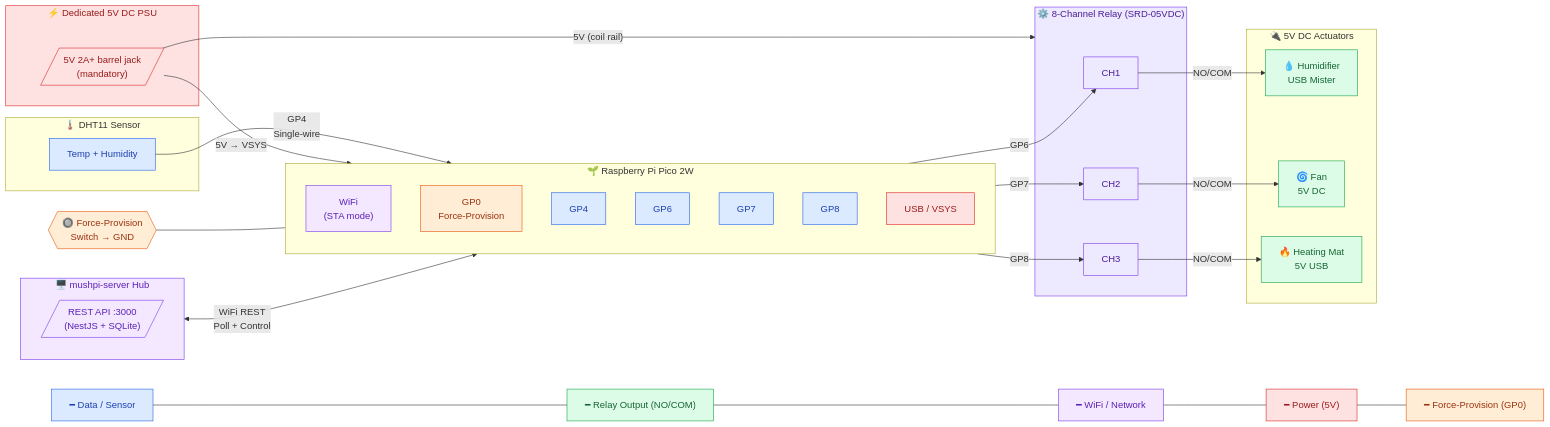
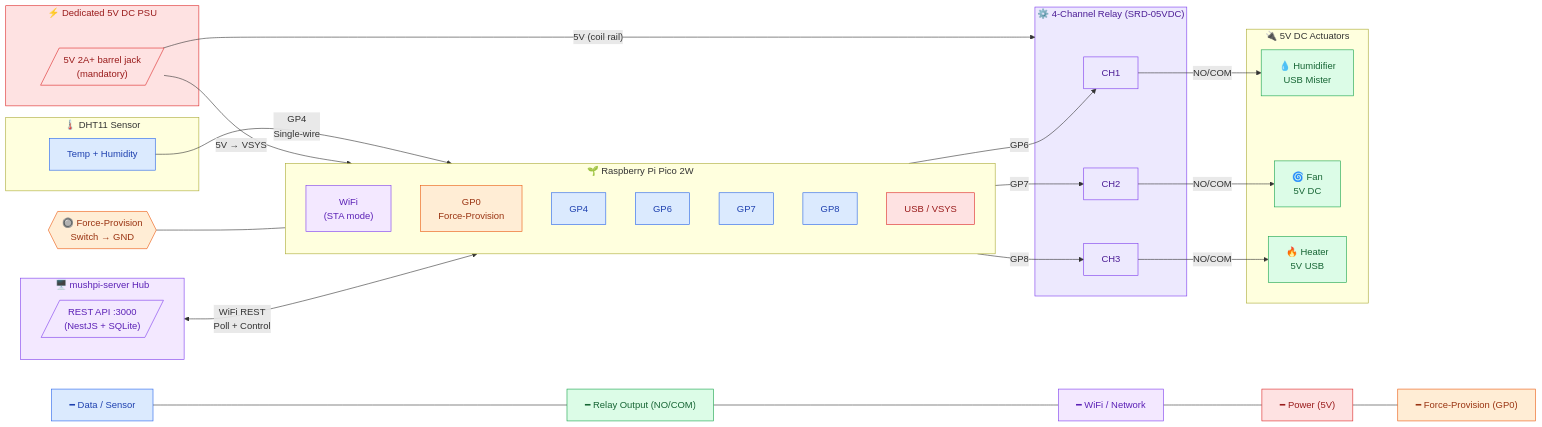
The diagram in pico-units/components.mdx (mushroom-pi/mushpi-docs), drawn with Mermaid before and after one commit. The commit also changed other lines of this file and 5 other files, not shown here.

First line of the commit message:
docs(pico-units): add reference-build photo, rename heater, correct relay channels

```diff
--- a/pico-units/components.mdx
+++ b/pico-units/components.mdx
@@ -29,7 +29,7 @@
         dht_read["Temp + Humidity"]
     end
 
-    subgraph relay["⚙️ 8-Channel Relay (SRD-05VDC)"]
+    subgraph relay["⚙️ 4-Channel Relay (SRD-05VDC)"]
         rel_ch1["CH1"]
         rel_ch2["CH2"]
         rel_ch3["CH3"]
@@ -38,7 +38,7 @@
     subgraph actuators["🔌 5V DC Actuators"]
         hum["💧 Humidifier<br/>USB Mister"]
         fan["🌀 Fan<br/>5V DC"]
-        heat["🔥 Heating Mat<br/>5V USB"]
+        heat["🔥 Heater<br/>5V USB"]
     end
 
     subgraph power["⚡ Dedicated 5V DC PSU"]
```
